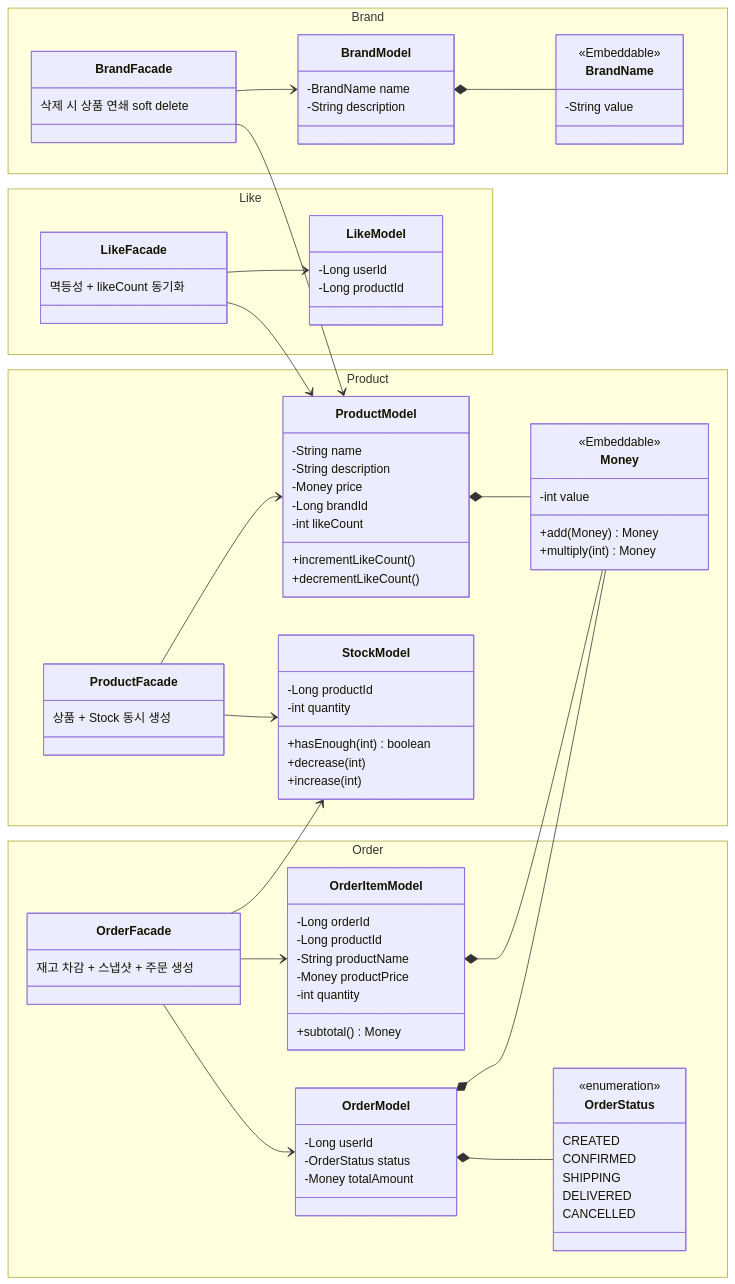
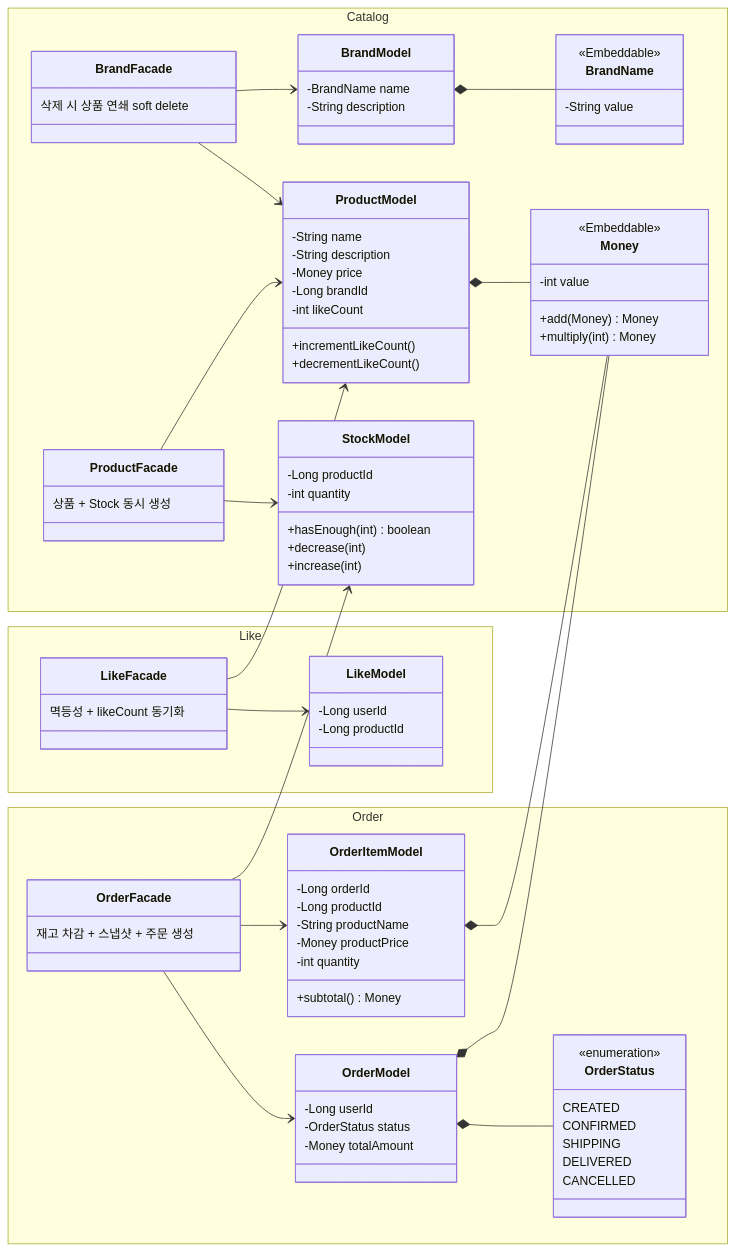
Before and after one commit to Praesentia-YKM/loop-pack-be-l2-vol3-java: the diagram in docs/design/mermaid/04-class-diagram.mmd, drawn with Mermaid. The commit also changed 1 other file, not shown here.

Commit message:
fix:Brand/Product/Stock의 바운디드컨텍스트를 카테고리 하위로 배치시켜 문서수정

```diff
--- a/docs/design/mermaid/04-class-diagram.mmd
+++ b/docs/design/mermaid/04-class-diagram.mmd
@@ -1,98 +1,95 @@
 classDiagram
     direction LR
 
-    namespace Brand {
+    namespace Catalog {
         class BrandName {
             <<Embeddable>>
             -String value
         }
         class BrandModel {
             -BrandName name
             -String description
         }
         class BrandFacade {
             삭제 시 상품 연쇄 soft delete
         }
-    }
-
-    namespace Product {
         class Money {
             <<Embeddable>>
             -int value
             +add(Money) Money
             +multiply(int) Money
         }
         class ProductModel {
             -String name
             -String description
             -Money price
             -Long brandId
             -int likeCount
             +incrementLikeCount()
             +decrementLikeCount()
         }
         class StockModel {
             -Long productId
             -int quantity
             +hasEnough(int) boolean
             +decrease(int)
             +increase(int)
         }
         class ProductFacade {
             상품 + Stock 동시 생성
         }
     }
 
     namespace Like {
         class LikeModel {
             -Long userId
             -Long productId
         }
         class LikeFacade {
             멱등성 + likeCount 동기화
         }
     }
 
     namespace Order {
         class OrderStatus {
             <<enumeration>>
             CREATED
             CONFIRMED
             SHIPPING
             DELIVERED
             CANCELLED
         }
         class OrderModel {
             -Long userId
             -OrderStatus status
             -Money totalAmount
         }
         class OrderItemModel {
             -Long orderId
             -Long productId
             -String productName
             -Money productPrice
             -int quantity
             +subtotal() Money
         }
         class OrderFacade {
             재고 차감 + 스냅샷 + 주문 생성
         }
     }
 
     BrandModel *-- BrandName
     ProductModel *-- Money
     OrderModel *-- OrderStatus
     OrderModel *-- Money
     OrderItemModel *-- Money
 
     BrandFacade --> BrandModel
     ProductFacade --> ProductModel
     ProductFacade --> StockModel
     LikeFacade --> LikeModel
     OrderFacade --> OrderModel
     OrderFacade --> OrderItemModel
 
     BrandFacade --> ProductModel
     LikeFacade --> ProductModel
     OrderFacade --> StockModel
```
